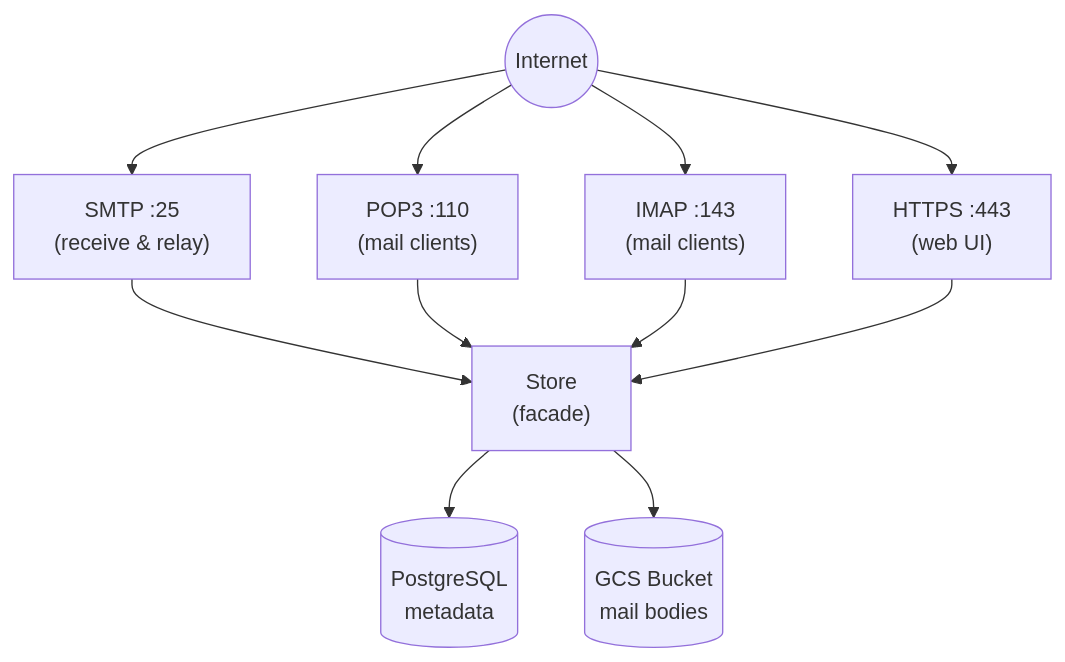
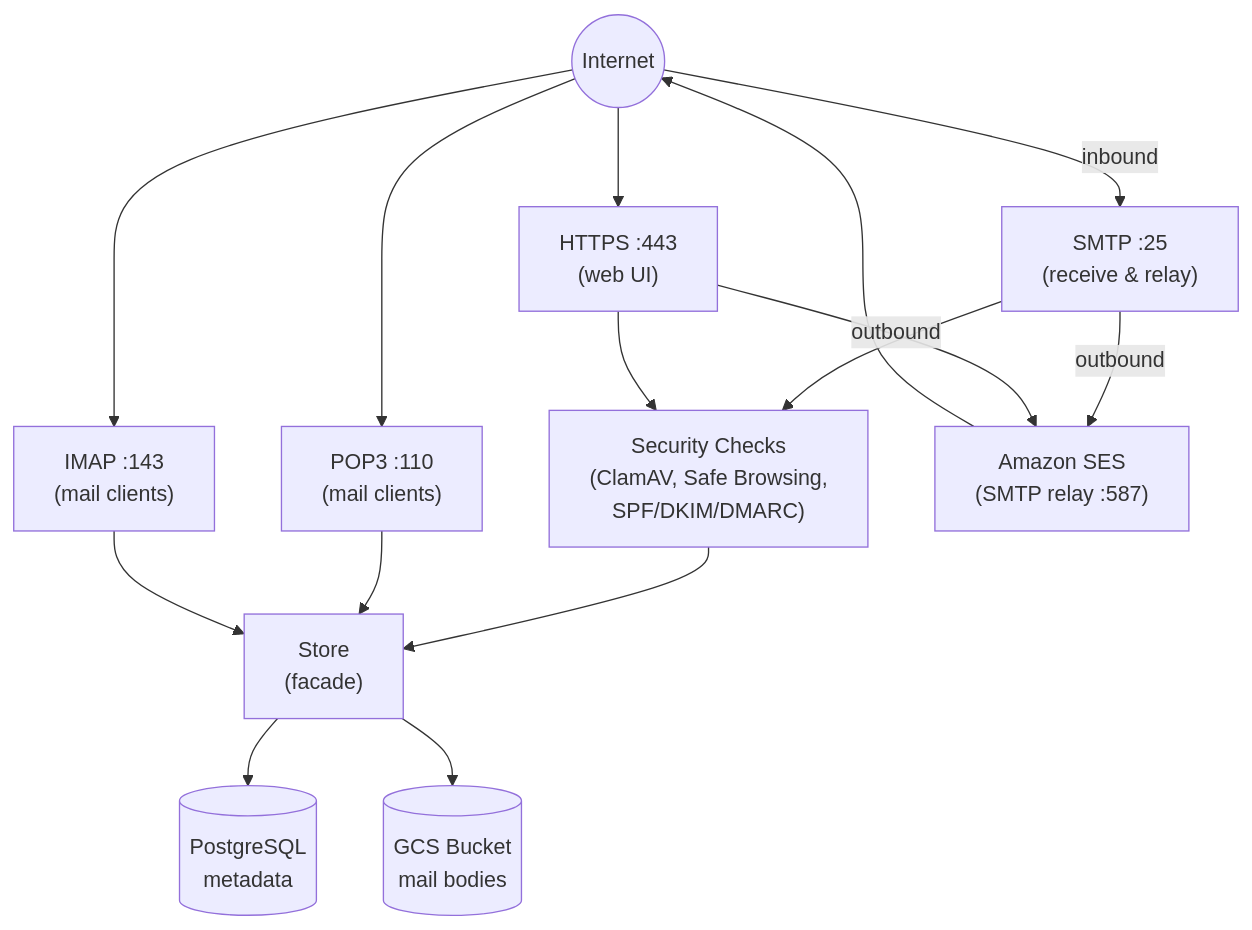
Before and after one commit to mustafa-karli/bdsmail: the diagram in README.md, drawn with Mermaid. The commit also changed other lines of this file and 27 other files, not shown here.

````diff
--- a/README.md
+++ b/README.md
@@ -26,17 +27,23 @@
 ```mermaid
 graph TD
     Internet((Internet))
 
-    Internet --> SMTP["SMTP :25<br/>(receive & relay)"]
+    Internet -->|inbound| SMTP["SMTP :25<br/>(receive & relay)"]
     Internet --> POP3["POP3 :110<br/>(mail clients)"]
     Internet --> IMAP["IMAP :143<br/>(mail clients)"]
     Internet --> HTTPS["HTTPS :443<br/>(web UI)"]
 
-    SMTP --> Store["Store<br/>(facade)"]
+    SMTP --> Security["Security Checks<br/>(ClamAV, Safe Browsing,<br/>SPF/DKIM/DMARC)"]
+    HTTPS --> Security
+
+    Security --> Store["Store<br/>(facade)"]
     POP3 --> Store
     IMAP --> Store
-    HTTPS --> Store
 
     Store --> PostgreSQL[(PostgreSQL<br/>metadata)]
     Store --> GCS[(GCS Bucket<br/>mail bodies)]
+
+    SMTP -->|outbound| SES["Amazon SES<br/>(SMTP relay :587)"]
+    HTTPS -->|outbound| SES
+    SES --> Internet
 ```
````
